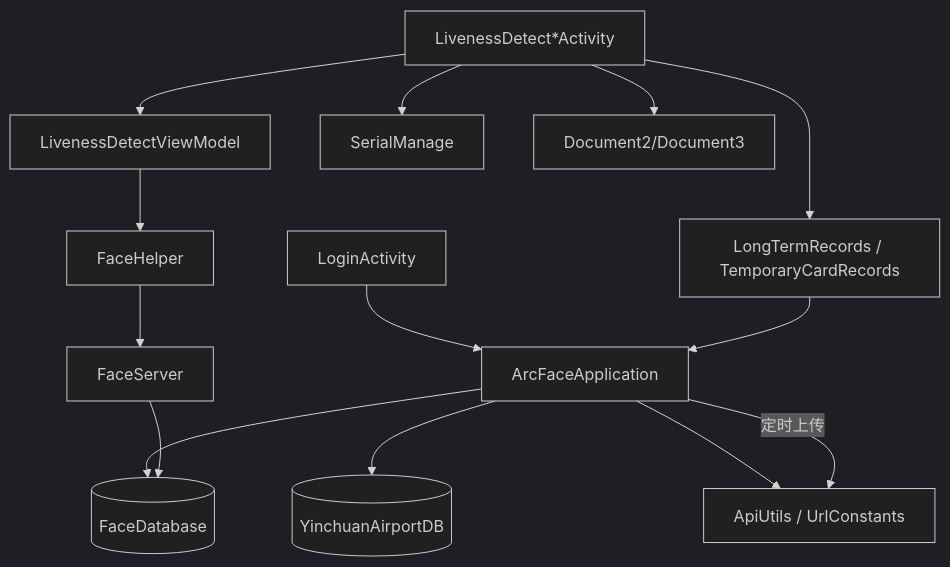
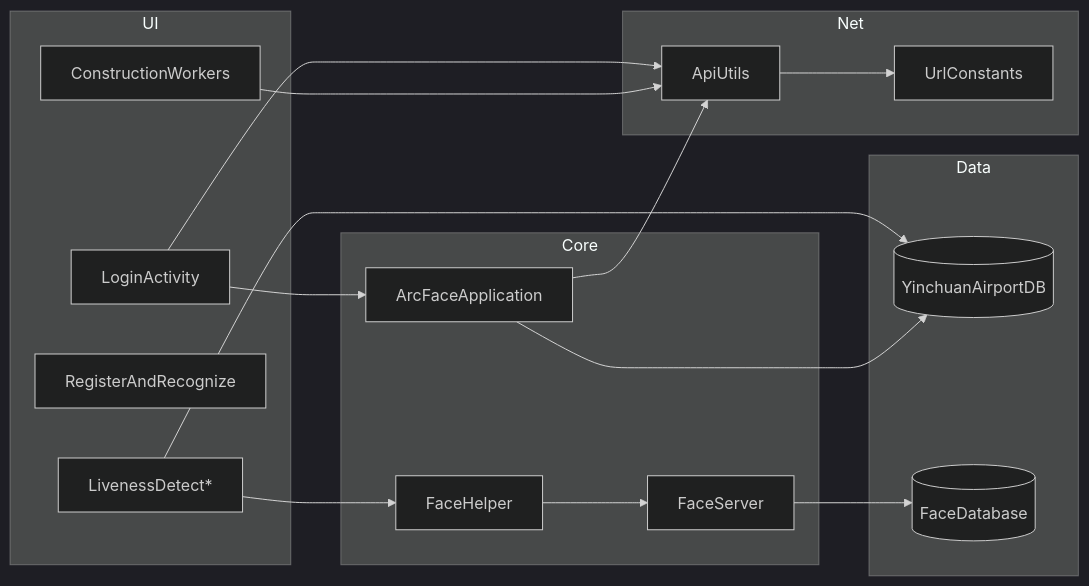
One commit to aniu7532/airport-face changed the diagram in doc/03-architecture.md. Above: the diagram before and after it, drawn with Mermaid (dark theme). The commit also changed other lines of this file and 21 other files, not shown here.

Commit message:
细化 doc 模块文档，补充接口参数、SP 键位、流程图与排查手册。

````diff
--- a/doc/03-architecture.md
+++ b/doc/03-architecture.md
@@ -27,19 +41,34 @@
 ```mermaid
-flowchart TB
-    Login[LoginActivity] --> App[ArcFaceApplication]
-    App --> DB[(YinchuanAirportDB)]
-    App --> FDB[(FaceDatabase)]
-    App --> Net[ApiUtils / UrlConstants]
+flowchart LR
+    subgraph UI
+        LA[LoginActivity]
+        LD[LivenessDetect*]
+        RR[RegisterAndRecognize]
+        CW[ConstructionWorkers]
+    end
 
-    Liveness[LivenessDetect*Activity] --> VM[LivenessDetectViewModel]
-    VM --> FH[FaceHelper]
-    FH --> FS[FaceServer]
-    FS --> FDB
+    subgraph Core
+        APP[ArcFaceApplication]
+        FS[FaceServer]
+        FH[FaceHelper]
+    end
 
-    Liveness --> Serial[SerialManage]
-    Liveness --> Doc[Document2/Document3]
+    subgraph Data
+        YDB[(YinchuanAirportDB)]
+        FDB[(FaceDatabase)]
+    end
 
-    Liveness --> Records[LongTermRecords / TemporaryCardRecords]
-    Records --> App
-    App -->|定时上传| Net
+    subgraph Net
+        API[ApiUtils]
+        URL[UrlConstants]
+    end
+
+    LA --> APP
+    LA --> API
+    LD --> FH --> FS --> FDB
+    LD --> YDB
+    APP --> YDB
+    APP --> API
+    API --> URL
+    CW --> API
 ```
````
